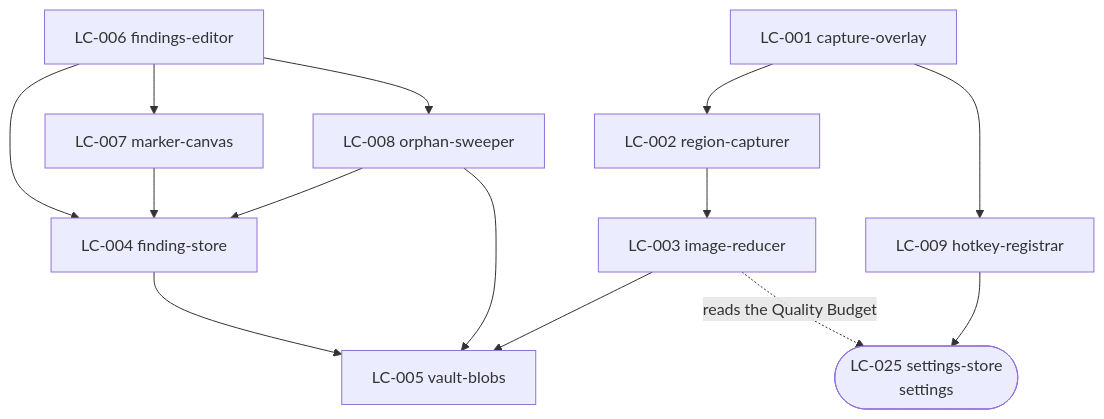
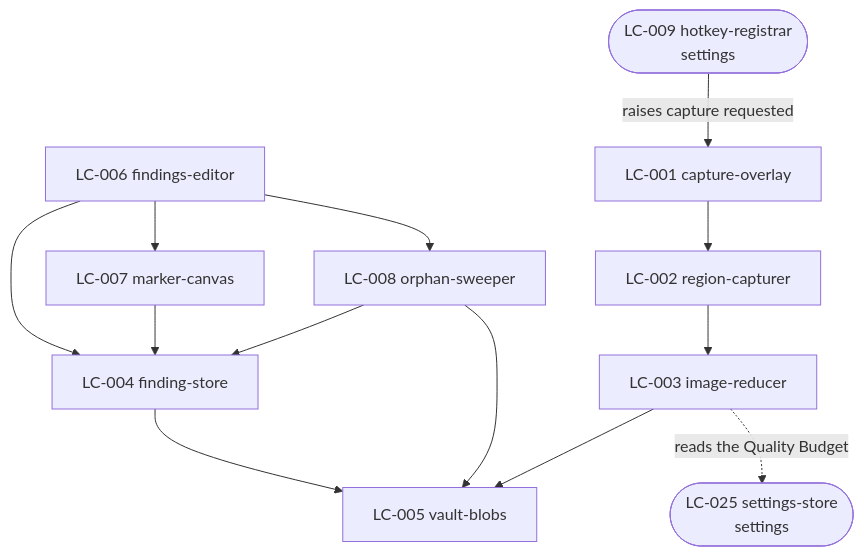
The diagram in .how/finding/SDD-finding.md (wiradigitalid/snapdown), drawn with Mermaid before and after one commit. The commit also changed other lines of this file and 14 other files, not shown here.

````diff
--- a/.how/finding/SDD-finding.md
+++ b/.how/finding/SDD-finding.md
@@ -59,16 +58,15 @@
 ```mermaid
 graph TD
     LC006["LC-006 findings-editor"] --> LC004["LC-004 finding-store"]
     LC006 --> LC007["LC-007 marker-canvas"]
     LC006 --> LC008["LC-008 orphan-sweeper"]
     LC007 --> LC004
     LC001["LC-001 capture-overlay"] --> LC002["LC-002 region-capturer"]
-    LC001 --> LC009["LC-009 hotkey-registrar"]
+    LC009(["LC-009 hotkey-registrar<br/>settings"]) -->|"raises capture requested"| LC001
     LC002 --> LC003["LC-003 image-reducer"]
     LC003 --> LC005["LC-005 vault-blobs"]
     LC004 --> LC005
     LC008 --> LC004
     LC008 --> LC005
-    LC009 --> LC025(["LC-025 settings-store<br/>settings"])
-    LC003 -.->|"reads the Quality Budget"| LC025
+    LC003 -.->|"reads the Quality Budget"| LC025(["LC-025 settings-store<br/>settings"])
 ```
````
